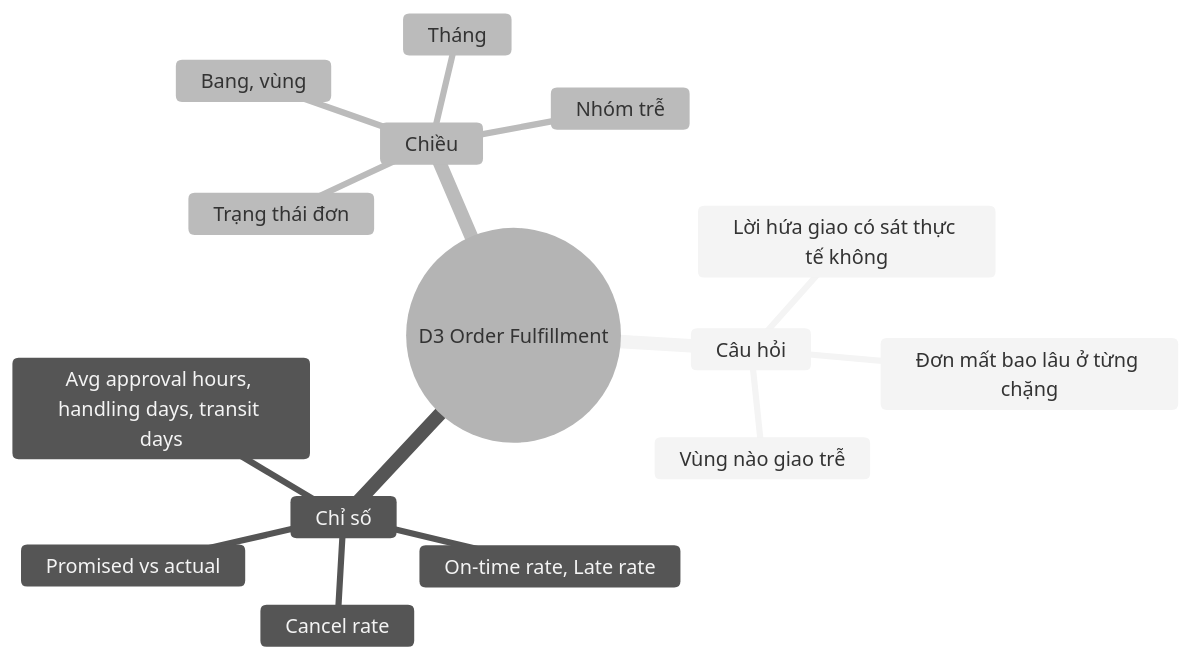
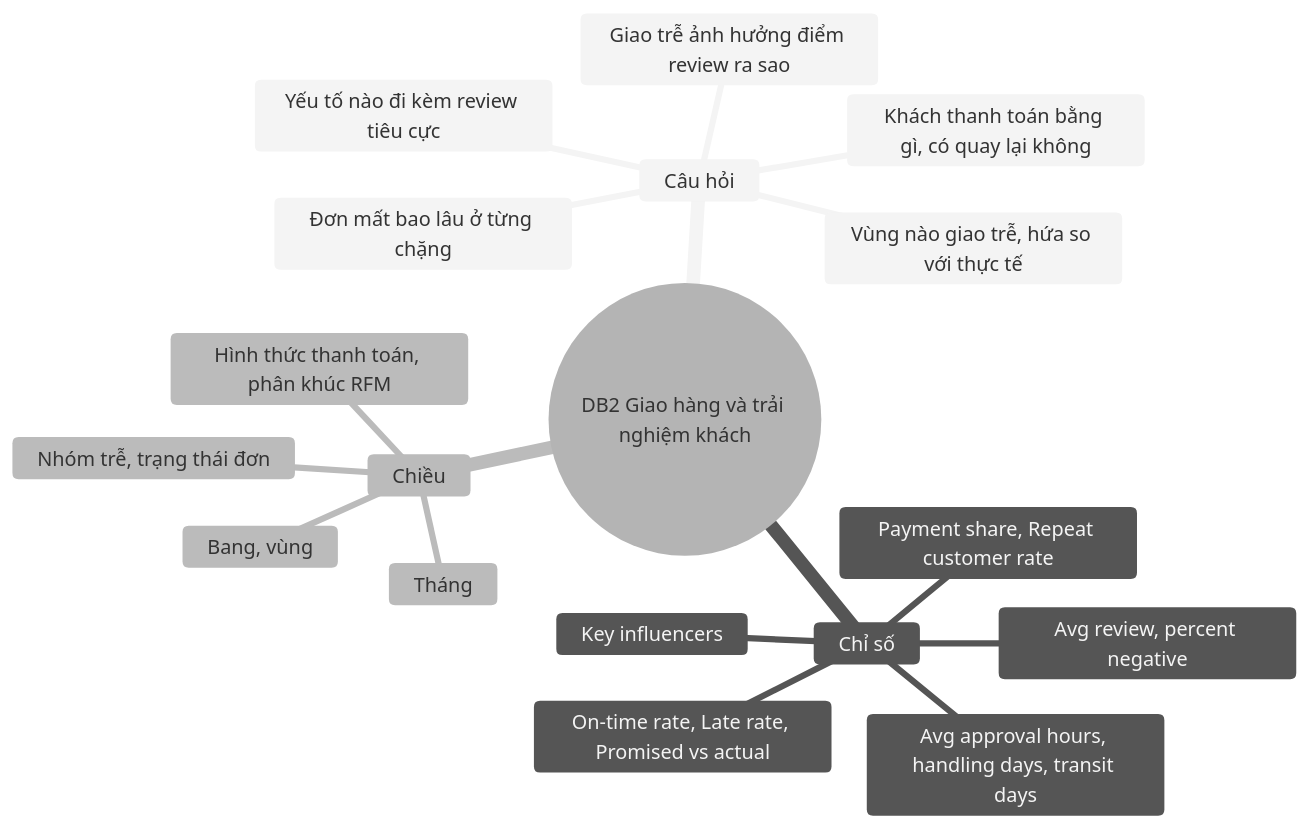
One commit to ThanhPhu01653/olist-dwbi changed the sixth of 8 diagrams in huong-dan/05-nghiep-vu-nhap.md. Above: the diagram before and after it, drawn with Mermaid (neutral theme). The commit also changed other lines of this file and 53 other files, not shown here.

````diff
--- a/huong-dan/05-nghiep-vu-nhap.md
+++ b/huong-dan/05-nghiep-vu-nhap.md
@@ -205,18 +189,21 @@
 ```mermaid
 mindmap
-  root((D3 Order Fulfillment))
+  root((DB2 Giao hàng và trải nghiệm khách))
     Câu hỏi
       Đơn mất bao lâu ở từng chặng
-      Vùng nào giao trễ
-      Lời hứa giao có sát thực tế không
+      Vùng nào giao trễ, hứa so với thực tế
+      Giao trễ ảnh hưởng điểm review ra sao
+      Yếu tố nào đi kèm review tiêu cực
+      Khách thanh toán bằng gì, có quay lại không
     Chỉ số
       Avg approval hours, handling days, transit days
-      On-time rate, Late rate
-      Promised vs actual
-      Cancel rate
+      On-time rate, Late rate, Promised vs actual
+      Avg review, percent negative
+      Key influencers
+      Payment share, Repeat customer rate
     Chiều
       Tháng
       Bang, vùng
-      Nhóm trễ
-      Trạng thái đơn
+      Nhóm trễ, trạng thái đơn
+      Hình thức thanh toán, phân khúc RFM
 ```
````
